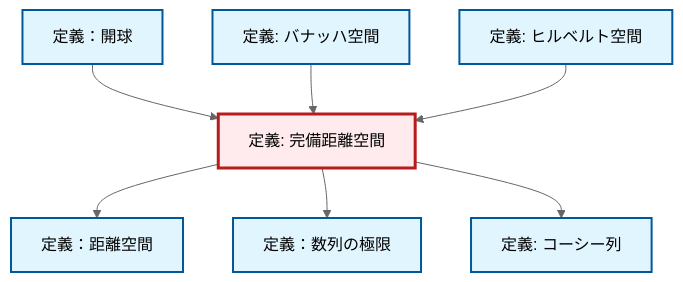
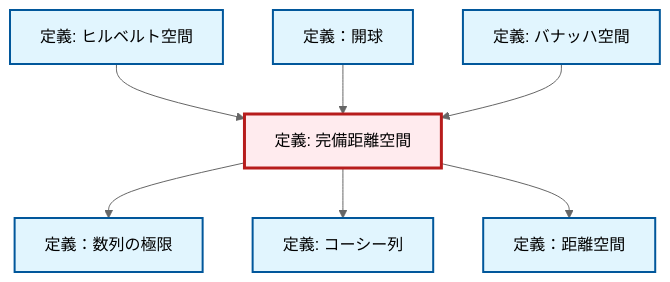
The diagram in content/ja/analysis/def-complete-metric-space.qmd (RK0429/ModernMath), drawn with Mermaid (neutral theme) before and after one commit. The commit also changed 672 other files, not shown here.

````diff
--- a/content/ja/analysis/def-complete-metric-space.qmd
+++ b/content/ja/analysis/def-complete-metric-space.qmd
@@ -54,29 +54,29 @@
 ```{mermaid}
-%%| fig-cap: "Local dependency graph"
+%%| fig-cap: "ローカル依存関係グラフ"
 graph TD
     classDef definition fill:#e1f5fe,stroke:#01579b,stroke-width:2px
     classDef theorem fill:#f3e5f5,stroke:#4a148c,stroke-width:2px
     classDef axiom fill:#fff3e0,stroke:#e65100,stroke-width:2px
     classDef example fill:#e8f5e9,stroke:#1b5e20,stroke-width:2px
     classDef current fill:#ffebee,stroke:#b71c1c,stroke-width:3px
+    def-cauchy-sequence["定義: コーシー列"]:::definition
     def-limit["定義：数列の極限"]:::definition
+    def-metric-space["定義：距離空間"]:::definition
+    def-hilbert-space["定義: ヒルベルト空間"]:::definition
+    def-open-ball["定義：開球"]:::definition
+    def-complete-metric-space["定義: 完備距離空間"]:::definition
     def-banach-space["定義: バナッハ空間"]:::definition
-    def-open-ball["定義：開球"]:::definition
-    def-hilbert-space["定義: ヒルベルト空間"]:::definition
-    def-complete-metric-space["定義: 完備距離空間"]:::definition
-    def-metric-space["定義：距離空間"]:::definition
-    def-cauchy-sequence["定義: コーシー列"]:::definition
+    def-complete-metric-space --> def-limit
+    def-hilbert-space --> def-complete-metric-space
+    def-open-ball --> def-complete-metric-space
+    def-banach-space --> def-complete-metric-space
+    def-complete-metric-space --> def-cauchy-sequence
     def-complete-metric-space --> def-metric-space
-    def-open-ball --> def-complete-metric-space
-    def-complete-metric-space --> def-limit
-    def-complete-metric-space --> def-cauchy-sequence
-    def-banach-space --> def-complete-metric-space
-    def-hilbert-space --> def-complete-metric-space
     class def-complete-metric-space current
+    click def-cauchy-sequence "def-cauchy-sequence.html" "コーシー列の定義へ"
     click def-limit "def-limit.html" "定義：数列の極限へ"
+    click def-metric-space "def-metric-space.html" "定義：距離空間へ"
+    click def-hilbert-space "def-hilbert-space.html" "ヒルベルト空間の定義へ"
+    click def-open-ball "def-open-ball.html" "定義：開球へ"
     click def-banach-space "def-banach-space.html" "バナッハ空間の定義へ"
-    click def-open-ball "def-open-ball.html" "定義：開球へ"
-    click def-hilbert-space "def-hilbert-space.html" "ヒルベルト空間の定義へ"
-    click def-metric-space "def-metric-space.html" "定義：距離空間へ"
-    click def-cauchy-sequence "def-cauchy-sequence.html" "コーシー列の定義へ"
 ```
````
